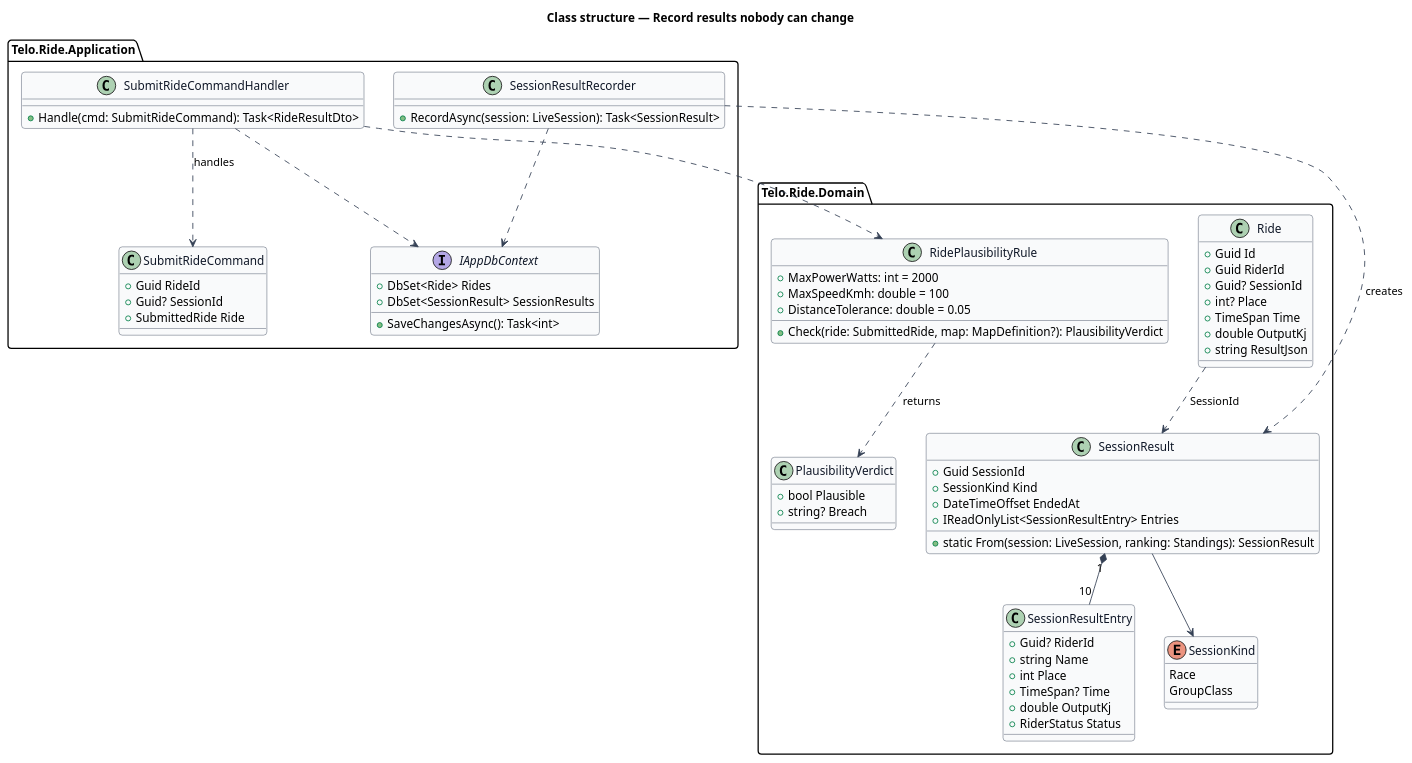
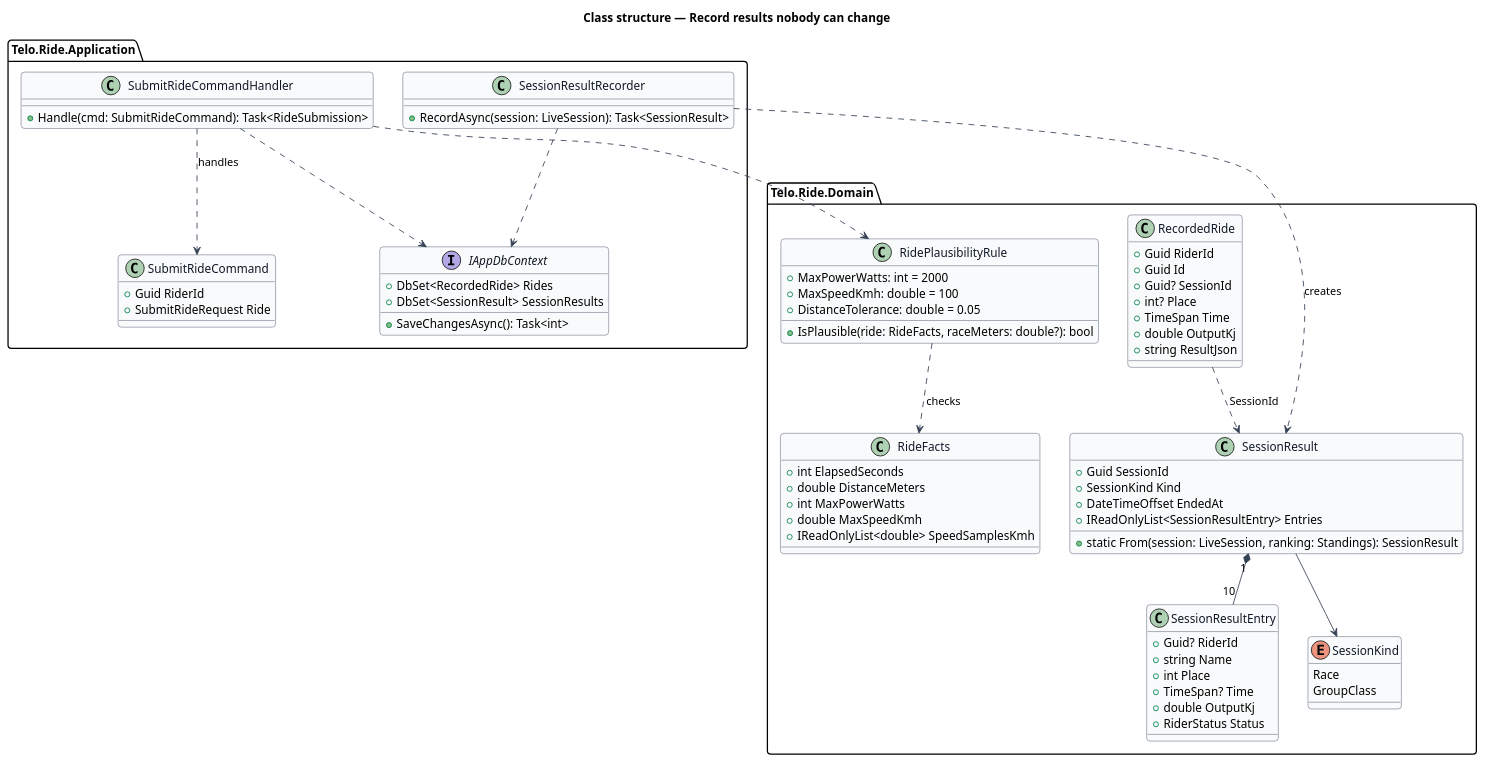
The diagram in docs/detailed-designs/multiplayer/record-results-nobody-can-change/diagrams/class-structure.puml (QuinntyneBrown/ride-one), drawn with PlantUML before and after one commit. The commit also changed 18 other files, not shown here.

First line of the commit message:
Submit each finished race and class as it ends

```diff
--- a/docs/detailed-designs/multiplayer/record-results-nobody-can-change/diagrams/class-structure.puml
+++ b/docs/detailed-designs/multiplayer/record-results-nobody-can-change/diagrams/class-structure.puml
@@ -1,85 +1,87 @@
 @startuml
 ' --- shared skin header ---
 skinparam backgroundColor #FFFFFF
 skinparam shadowing false
 skinparam roundcorner 8
 skinparam defaultFontName Arial
 skinparam ArrowColor #344054
 skinparam class {
   BorderColor #344054
   FontColor #101828
   BackgroundColor #F9FAFB
 }
 set separator none
 ' --------------------------
 title Class structure — Record results nobody can change
 
 package "Telo.Ride.Domain" {
   class SessionResult {
     +Guid SessionId
     +SessionKind Kind
     +DateTimeOffset EndedAt
     +IReadOnlyList<SessionResultEntry> Entries
     +static From(session: LiveSession, ranking: Standings): SessionResult
   }
   class SessionResultEntry {
     +Guid? RiderId
     +string Name
     +int Place
     +TimeSpan? Time
     +double OutputKj
     +RiderStatus Status
   }
-  class Ride {
+  class RecordedRide {
+    +Guid RiderId
     +Guid Id
-    +Guid RiderId
     +Guid? SessionId
     +int? Place
     +TimeSpan Time
     +double OutputKj
     +string ResultJson
   }
   class RidePlausibilityRule {
     +MaxPowerWatts: int = 2000
     +MaxSpeedKmh: double = 100
     +DistanceTolerance: double = 0.05
-    +Check(ride: SubmittedRide, map: MapDefinition?): PlausibilityVerdict
+    +IsPlausible(ride: RideFacts, raceMeters: double?): bool
   }
-  class PlausibilityVerdict {
-    +bool Plausible
-    +string? Breach
+  class RideFacts {
+    +int ElapsedSeconds
+    +double DistanceMeters
+    +int MaxPowerWatts
+    +double MaxSpeedKmh
+    +IReadOnlyList<double> SpeedSamplesKmh
   }
   enum SessionKind {
     Race
     GroupClass
   }
 }
 package "Telo.Ride.Application" {
   class SubmitRideCommand {
-    +Guid RideId
-    +Guid? SessionId
-    +SubmittedRide Ride
+    +Guid RiderId
+    +SubmitRideRequest Ride
   }
   class SubmitRideCommandHandler {
-    +Handle(cmd: SubmitRideCommand): Task<RideResultDto>
+    +Handle(cmd: SubmitRideCommand): Task<RideSubmission>
   }
   class SessionResultRecorder {
     +RecordAsync(session: LiveSession): Task<SessionResult>
   }
   interface IAppDbContext {
-    +DbSet<Ride> Rides
+    +DbSet<RecordedRide> Rides
     +DbSet<SessionResult> SessionResults
     +SaveChangesAsync(): Task<int>
   }
 }
 
 SessionResult "1" *-- "10" SessionResultEntry
 SessionResult --> SessionKind
-Ride ..> SessionResult : SessionId
-RidePlausibilityRule ..> PlausibilityVerdict : returns
+RecordedRide ..> SessionResult : SessionId
+RidePlausibilityRule ..> RideFacts : checks
 SubmitRideCommandHandler ..> SubmitRideCommand : handles
 SubmitRideCommandHandler ..> RidePlausibilityRule
 SubmitRideCommandHandler ..> IAppDbContext
 SessionResultRecorder ..> SessionResult : creates
 SessionResultRecorder ..> IAppDbContext
 @enduml
```
